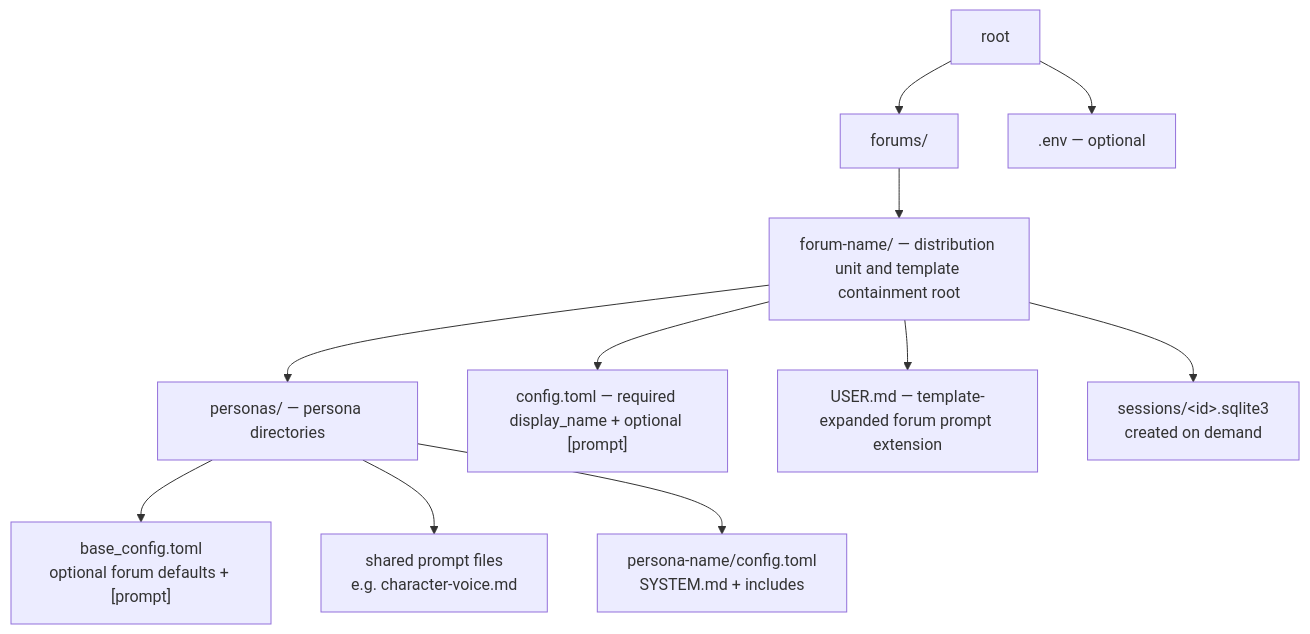
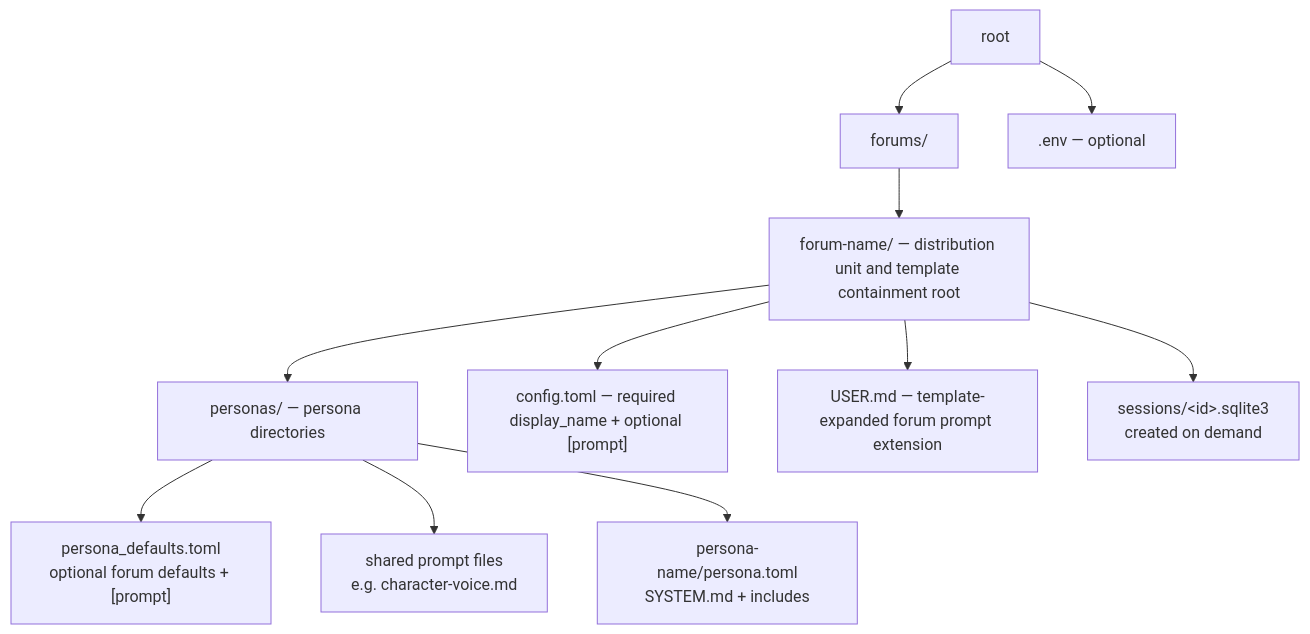
Before and after one commit to michaelpopov/cha: the first of 4 diagrams in src/session/README.md, drawn with Mermaid. The commit also changed other lines of this file and 38 other files, not shown here.

````diff
--- a/src/session/README.md
+++ b/src/session/README.md
@@ -22,13 +22,13 @@
 ```mermaid
 flowchart TD
     root --> forums["forums/"]
     root --> env[".env — optional"]
-    personas --> base["base_config.toml<br/>optional forum defaults + [prompt]"]
+    personas --> base["persona_defaults.toml<br/>optional forum defaults + [prompt]"]
     personas --> shared["shared prompt files<br/>e.g. character-voice.md"]
     forums --> forum["forum-name/ — distribution unit and template containment root"]
     forum --> config["config.toml — required display_name + optional [prompt]"]
     forum --> personas["personas/ — persona directories"]
-    personas --> persona["persona-name/config.toml<br/>SYSTEM.md + includes"]
+    personas --> persona["persona-name/persona.toml<br/>SYSTEM.md + includes"]
     forum --> user["USER.md — template-expanded forum prompt extension"]
     forum --> sessions["sessions/&lt;id&gt;.sqlite3<br/>created on demand"]
 ```
````
